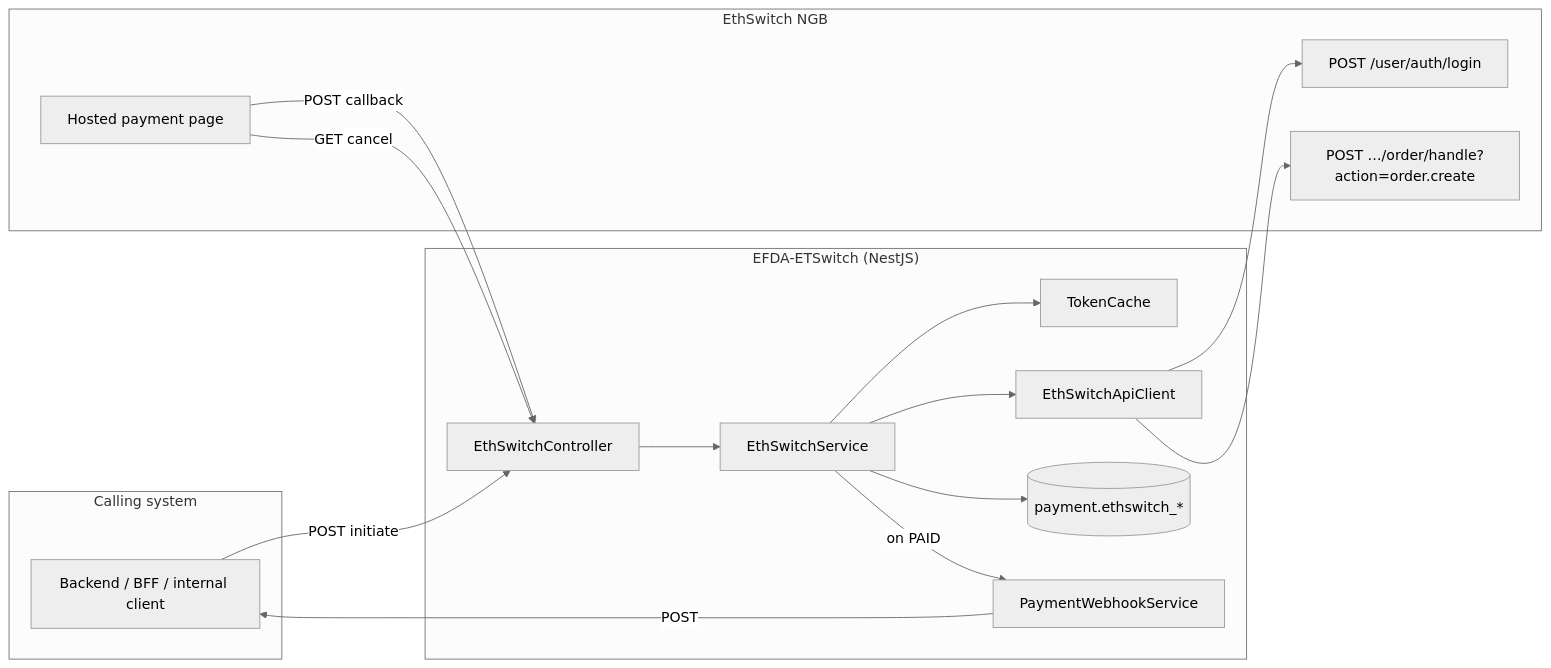
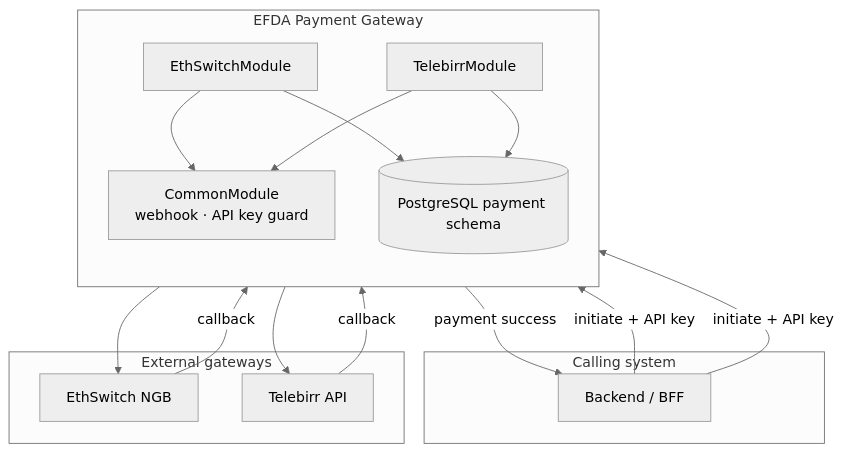
The diagram in docs/architecture.md (WorkuMekuriya/payment-gateway), drawn with Mermaid (neutral theme) before and after one commit. The commit also changed other lines of this file and 40 other files, not shown here.

First line of the commit message:
EFDA - Telebirr

````diff
--- a/docs/architecture.md
+++ b/docs/architecture.md
@@ -20,33 +47,31 @@
 ```mermaid
-flowchart LR
-  subgraph Client["Calling system"]
-    API[Backend / BFF / internal client]
+flowchart TB
+  subgraph Caller["Calling system"]
+    BE[Backend / BFF]
   end
 
-  subgraph MS["EFDA-ETSwitch (NestJS)"]
-    Ctrl[EthSwitchController]
-    Svc[EthSwitchService]
-    ClientGW[EthSwitchApiClient]
-    Cache[TokenCache]
-    WH[PaymentWebhookService]
-    DB[(payment.ethswitch_*)]
+  subgraph MS["EFDA Payment Gateway"]
+    direction TB
+    Common[CommonModule<br/>webhook · API key guard]
+    ES[EthSwitchModule]
+    TB[TelebirrModule]
+    DB[(PostgreSQL payment schema)]
   end
 
-  subgraph GW["EthSwitch NGB"]
-    Login[POST /user/auth/login]
-    Order[POST …/order/handle?action=order.create]
-    HPP[Hosted payment page]
+  subgraph Providers["External gateways"]
+    NGB[EthSwitch NGB]
+    TBR[Telebirr API]
   end
 
-  API -->|POST initiate| Ctrl
-  Ctrl --> Svc
-  Svc --> Cache
-  Svc --> ClientGW
-  ClientGW --> Login
-  ClientGW --> Order
-  Svc --> DB
-  HPP -->|POST callback| Ctrl
-  HPP -->|GET cancel| Ctrl
-  Svc -->|on PAID| WH
-  WH -->|POST| API
+  BE -->|initiate + API key| ES
+  BE -->|initiate + API key| TB
+  ES --> NGB
+  TB --> TBR
+  NGB -->|callback| ES
+  TBR -->|callback| TB
+  ES --> DB
+  TB --> DB
+  ES --> Common
+  TB --> Common
+  Common -->|payment success| BE
 ```
````
